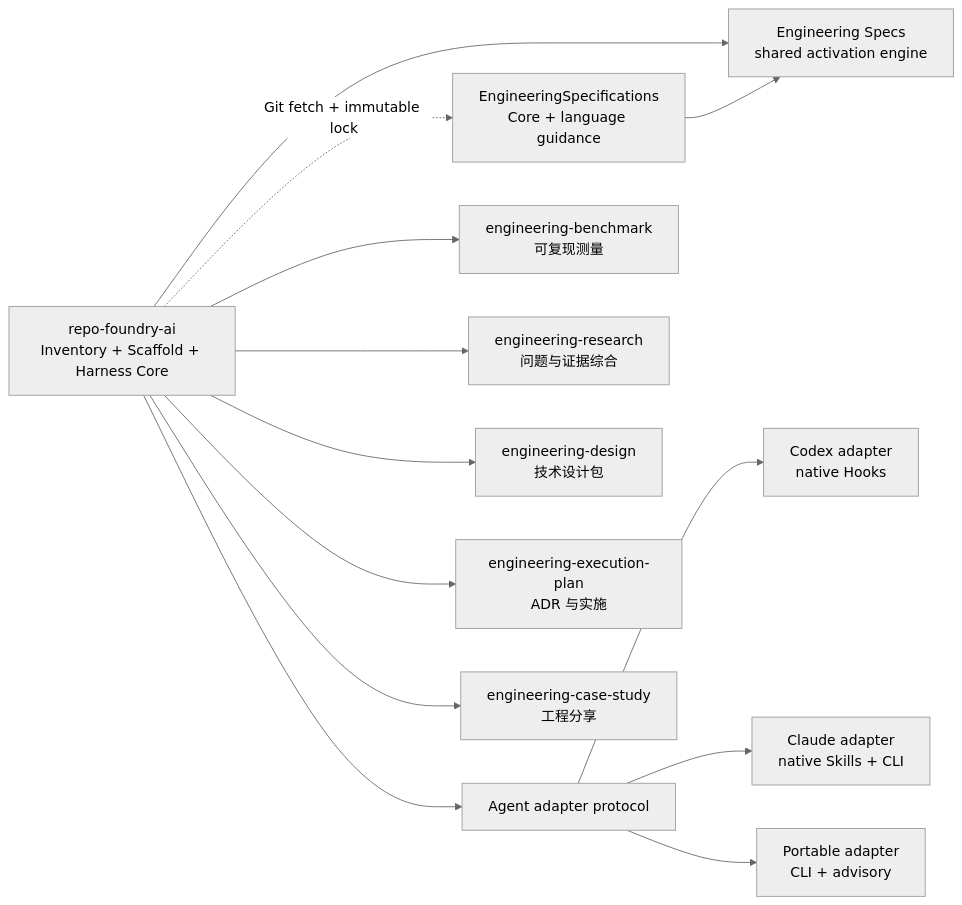
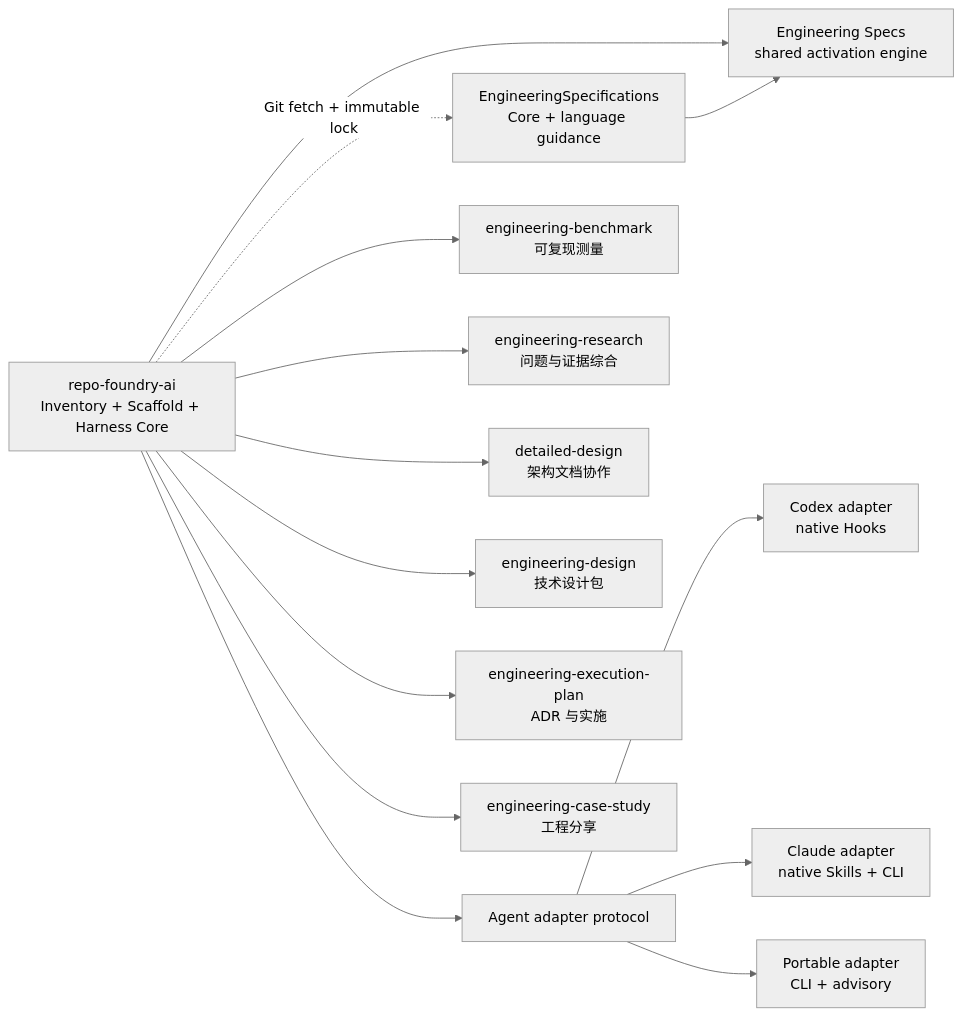
The diagram in SKILL.md (XiaoWeiKIN/RepoFoundryAI), drawn with Mermaid (neutral theme) before and after one commit. The commit also changed other lines of this file and 33 other files, not shown here.

Commit message:
feat: add technical architecture documentation workflow (#50)

````diff
--- a/SKILL.md
+++ b/SKILL.md
@@ -13,16 +13,17 @@
 ```mermaid
 flowchart LR
     W["repo-foundry-ai<br/>Inventory + Scaffold + Harness Core"]
     W -.->|"Git fetch + immutable lock"| S["EngineeringSpecifications<br/>Core + language guidance"]
     W --> A["Agent adapter protocol"]
     A --> X["Codex adapter<br/>native Hooks"]
     A --> D["Claude adapter<br/>native Skills + CLI"]
     A --> P["Portable adapter<br/>CLI + advisory"]
     W --> T["Engineering Specs<br/>shared activation engine"]
     S --> T
     W --> B["engineering-benchmark<br/>可复现测量"]
     W --> R["engineering-research<br/>问题与证据综合"]
+    W --> L["detailed-design<br/>架构文档协作"]
     W --> G["engineering-design<br/>技术设计包"]
     W --> E["engineering-execution-plan<br/>ADR 与实施"]
     W --> C["engineering-case-study<br/>工程分享"]
 ```
````
